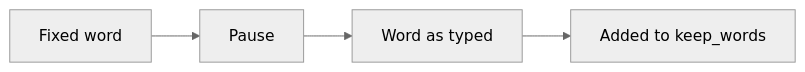
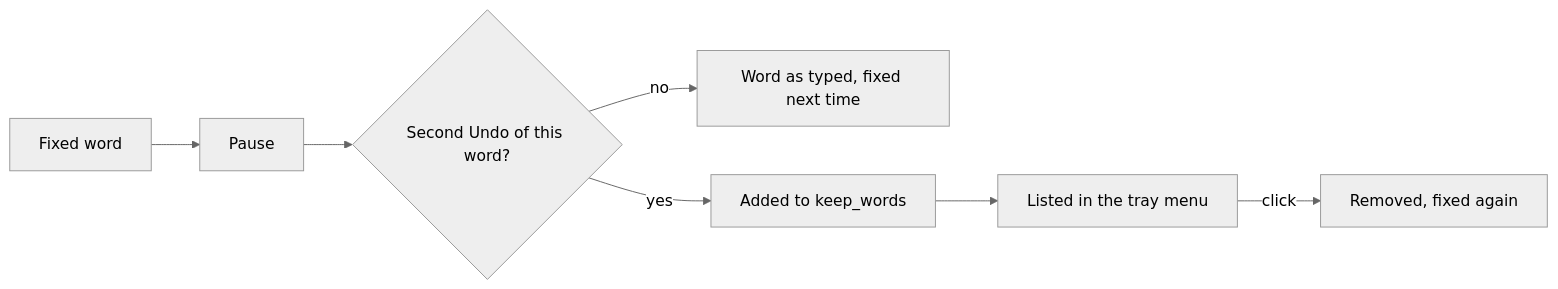
Before and after one commit to workbench-soft/langflip: the fourth of 8 diagrams in docs/user-flows.md, drawn with Mermaid (neutral theme). The commit also changed other lines of this file and 9 other files, not shown here.

First line of the commit message:
feat: keep a word after 2 undos and list exceptions in the tray (#23)

````diff
--- a/docs/user-flows.md
+++ b/docs/user-flows.md
@@ -57,4 +58,7 @@
 ```mermaid
 flowchart LR
-    A[Fixed word] --> B[Pause] --> C[Word as typed] --> D[Added to keep_words]
+    A[Fixed word] --> B[Pause] --> C{Second Undo of this word?}
+    C -- no --> D[Word as typed, fixed next time]
+    C -- yes --> E[Added to keep_words] --> F[Listed in the tray menu]
+    F -- click --> G[Removed, fixed again]
 ```
````
